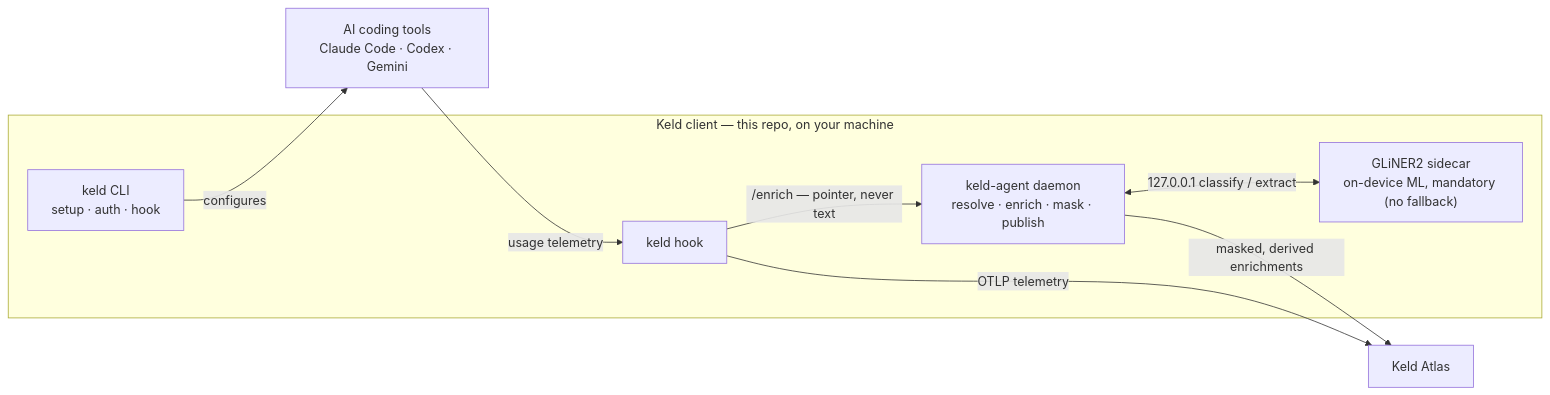
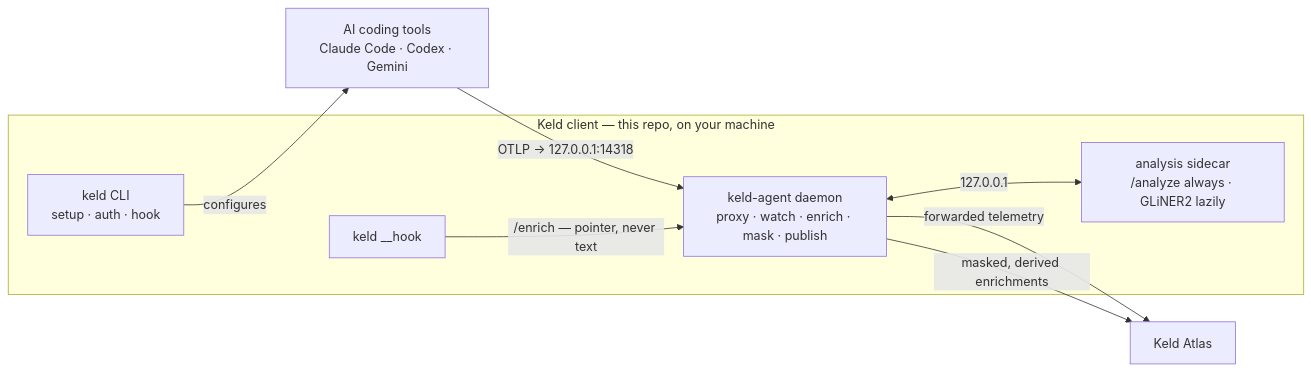
Before and after one commit to ncx-ai/keld-signal: the diagram in README.md, drawn with Mermaid. The commit also changed other lines of this file, not shown here.

````diff
--- a/README.md
+++ b/README.md
@@ -27,18 +36,18 @@
 ```mermaid
 flowchart LR
   Tools["AI coding tools<br/>Claude Code · Codex · Gemini"]
   subgraph Client["Keld client — this repo, on your machine"]
     CLI["keld CLI<br/>setup · auth · hook"]
-    Hook["keld hook"]
-    Agent["keld-agent daemon<br/>resolve · enrich · mask · publish"]
-    Sidecar["GLiNER2 sidecar<br/>on-device ML, mandatory (no fallback)"]
+    Hook["keld __hook"]
+    Agent["keld-agent daemon<br/>proxy · watch · enrich · mask · publish"]
+    Sidecar["analysis sidecar<br/>/analyze always · GLiNER2 lazily"]
   end
   Atlas["Keld Atlas"]
 
   CLI -->|configures| Tools
-  Tools -->|usage telemetry| Hook
-  Hook -->|OTLP telemetry| Atlas
+  Tools -->|"OTLP → 127.0.0.1:14318"| Agent
   Hook -->|"/enrich — pointer, never text"| Agent
-  Agent <-->|"127.0.0.1 classify / extract"| Sidecar
+  Agent <-->|"127.0.0.1"| Sidecar
+  Agent -->|forwarded telemetry| Atlas
   Agent -->|"masked, derived enrichments"| Atlas
 ```
````
